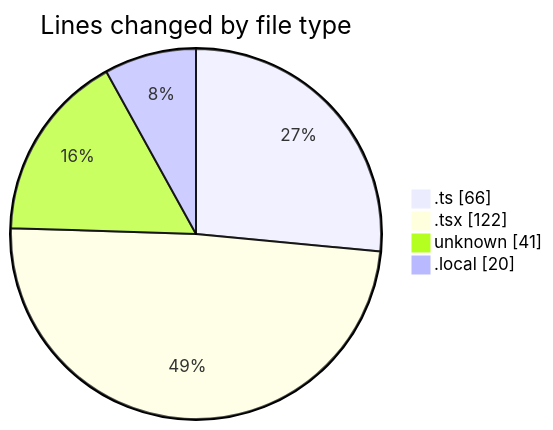
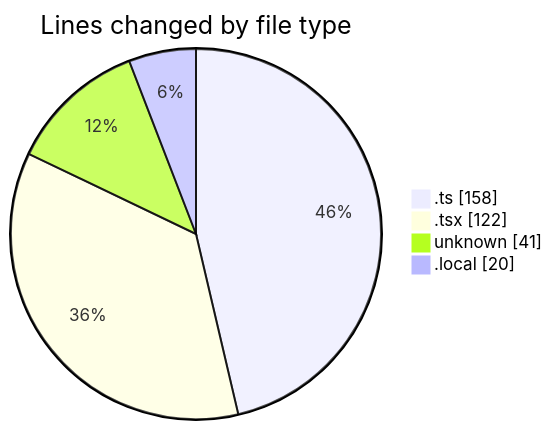
The first of 2 diagrams in 2026-02-26/car_database/README.md (momahboobian/code-tracking), drawn with Mermaid before and after one commit. The commit also changed other lines of this file and 1 other file, not shown here.

````diff
--- a/2026-02-26/car_database/README.md
+++ b/2026-02-26/car_database/README.md
@@ -23,8 +25,8 @@
 ```mermaid
 pie showData
 title Lines changed by file type
-".ts" : 66
+".ts" : 158
 ".tsx" : 122
 "unknown" : 41
 ".local" : 20
 ```
````
